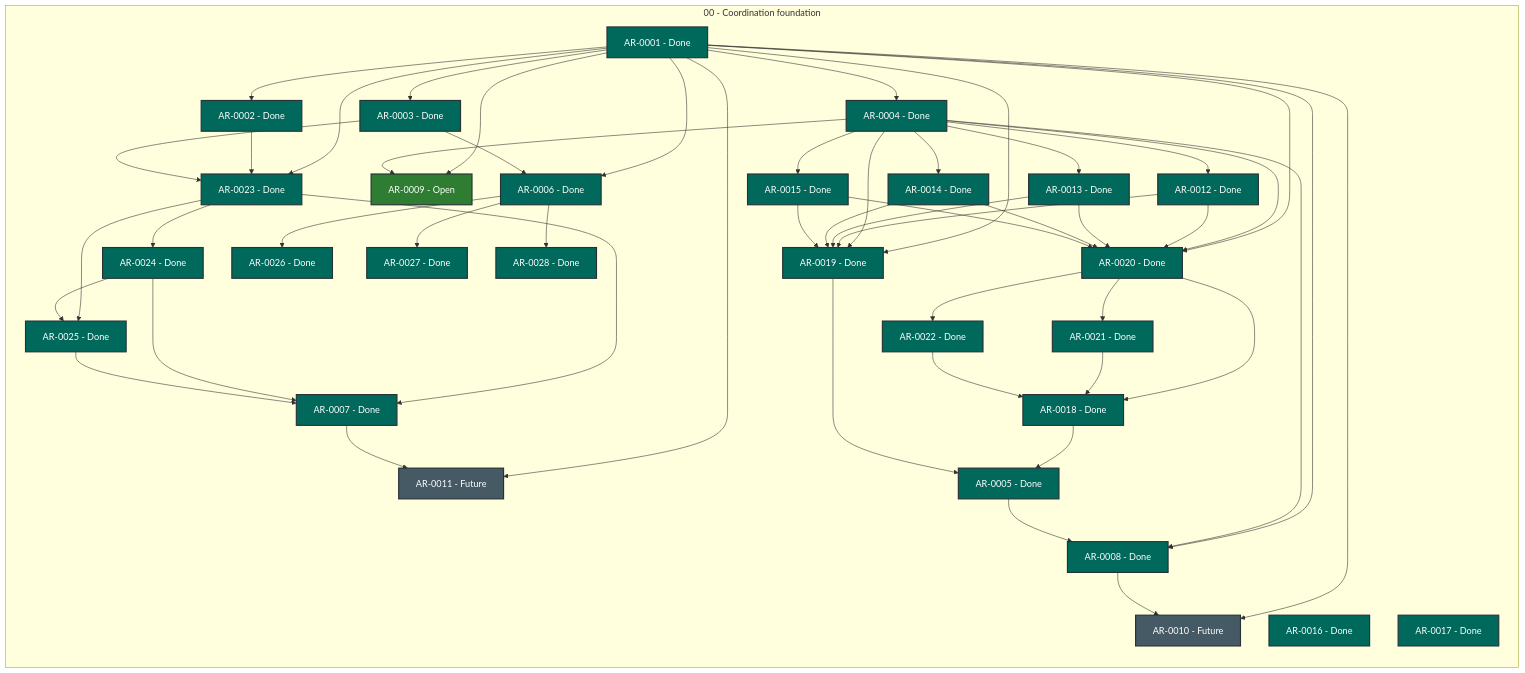
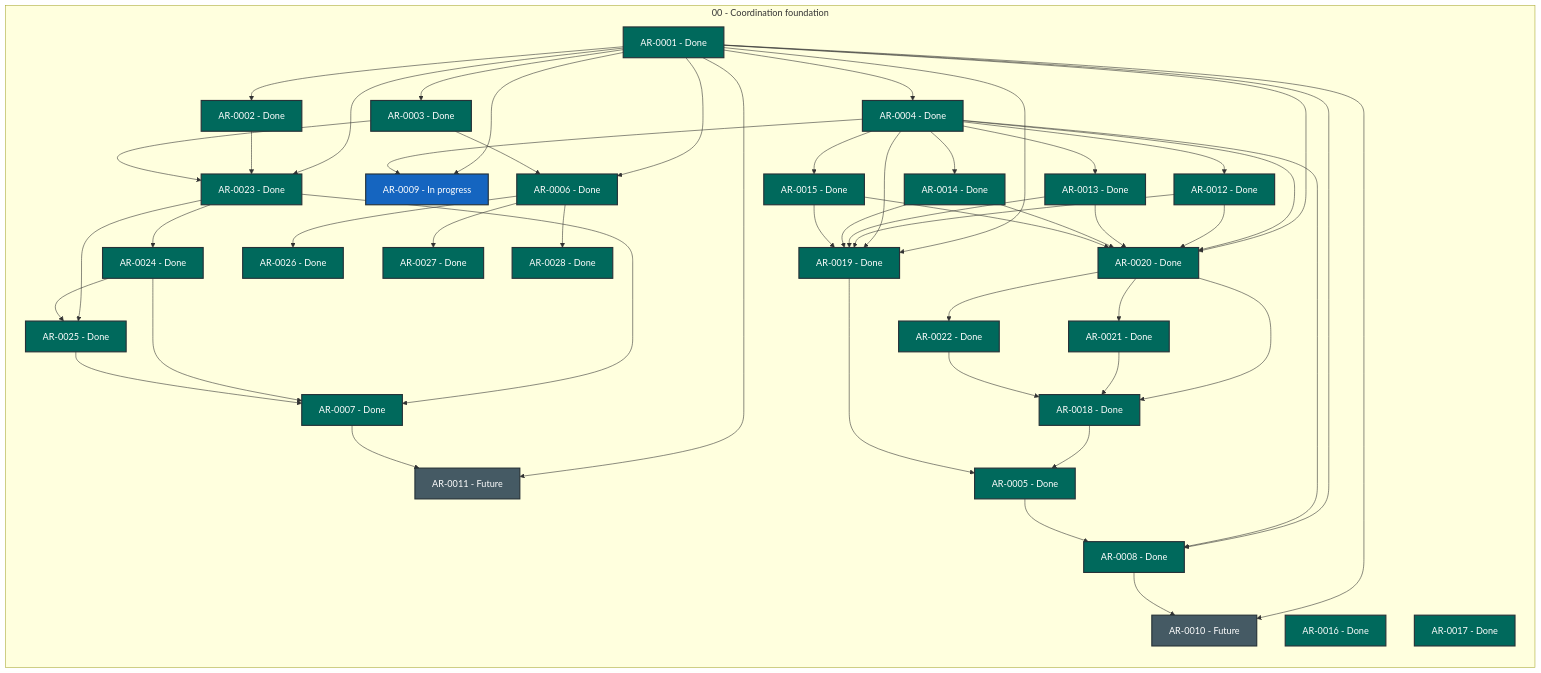
One commit to martin-beck/agent-workflow-quality-state changed the diagram in STATUS.md. Above: the diagram before and after it, drawn with Mermaid. The commit also changed other lines of this file and 2 other files, not shown here.

```diff
--- a/STATUS.md
+++ b/STATUS.md
@@ -36,7 +36,7 @@
         AR_0006["AR-0006 - Done"]:::status_done
         AR_0007["AR-0007 - Done"]:::status_done
         AR_0008["AR-0008 - Done"]:::status_done
-        AR_0009["AR-0009 - Open"]:::status_open
+        AR_0009["AR-0009 - In progress"]:::status_in_progress
         AR_0010["AR-0010 - Future"]:::status_future
         AR_0011["AR-0011 - Future"]:::status_future
         AR_0012["AR-0012 - Done"]:::status_done
```
